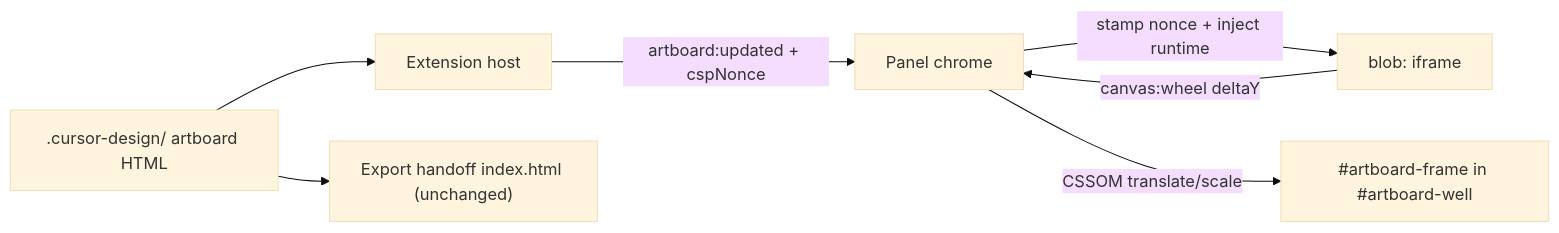
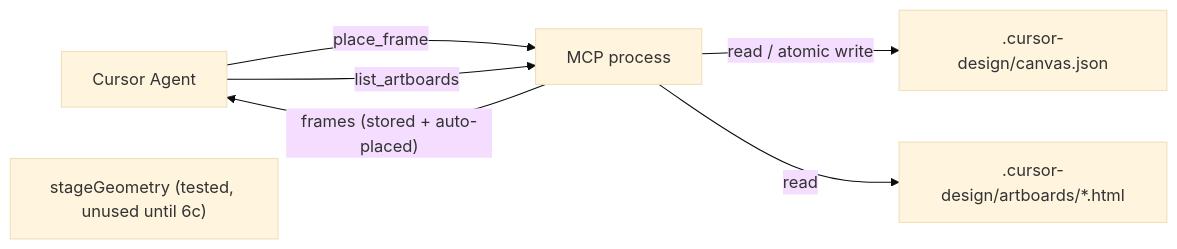
Before and after one commit to MarekBombera/cursor-design-extension: the first of 2 diagrams in blueprint/context/current-feature-overview.md, drawn with Mermaid (base theme). The commit also changed other lines of this file and 15 other files, not shown here.

First line of the commit message:
feat: add canvas.json contract, place_frame tool, and stage geometry (6b)

````diff
--- a/blueprint/context/current-feature-overview.md
+++ b/blueprint/context/current-feature-overview.md
@@ -11,9 +18,9 @@
 ```mermaid
 flowchart LR
-  Disk[".cursor-design/ artboard HTML"] --> Host["Extension host"]
-  Host -->|artboard:updated + cspNonce| Chrome["Panel chrome"]
-  Chrome -->|stamp nonce + inject runtime| Blob["blob: iframe"]
-  Blob -->|canvas:wheel deltaY| Chrome
-  Chrome -->|CSSOM translate/scale| Frame["#artboard-frame in #artboard-well"]
-  Disk --> Export["Export handoff index.html (unchanged)"]
+  Agent["Cursor Agent"] -->|place_frame| MCP["MCP process"]
+  Agent -->|list_artboards| MCP
+  MCP -->|"read / atomic write"| Canvas[".cursor-design/canvas.json"]
+  MCP -->|read| Artboards[".cursor-design/artboards/*.html"]
+  MCP -->|"frames (stored + auto-placed)"| Agent
+  Geometry["stageGeometry (tested, unused until 6c)"]
 ```
````
